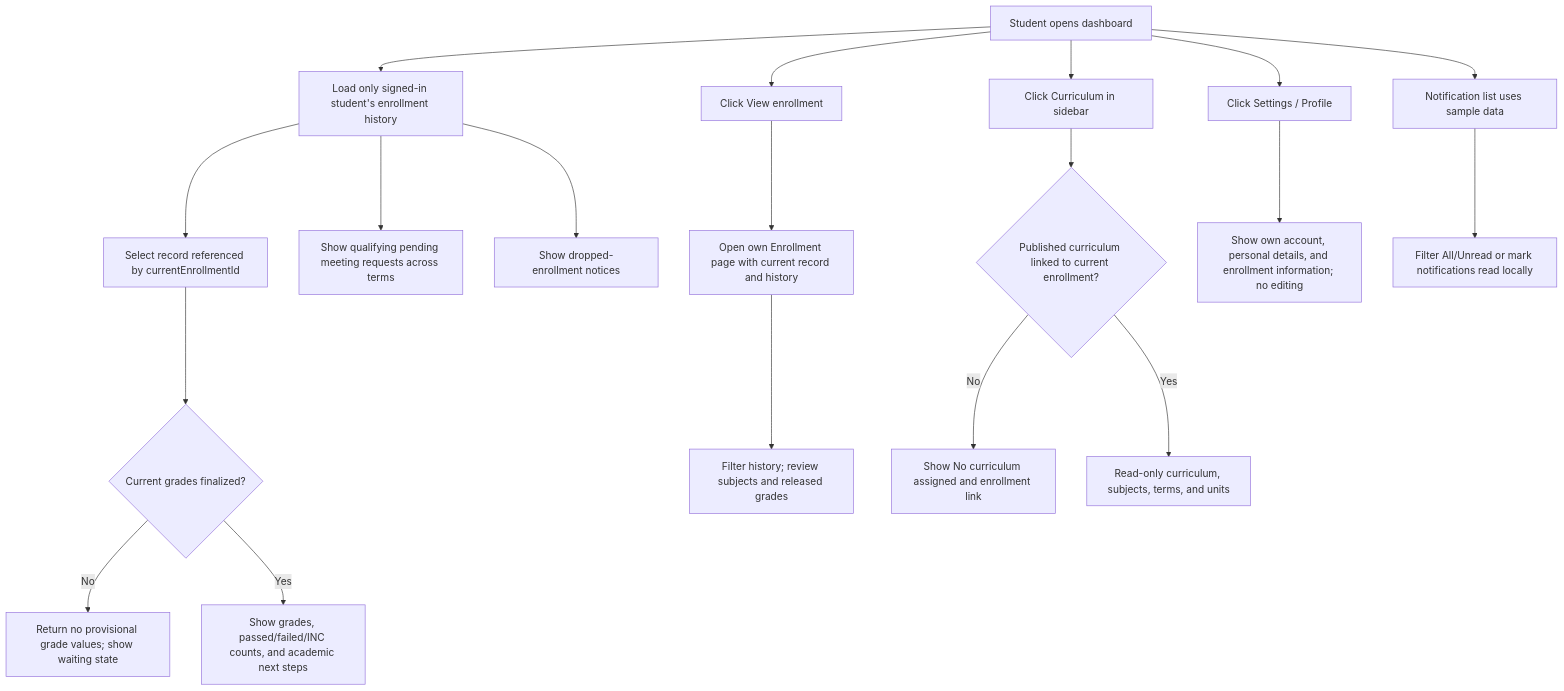
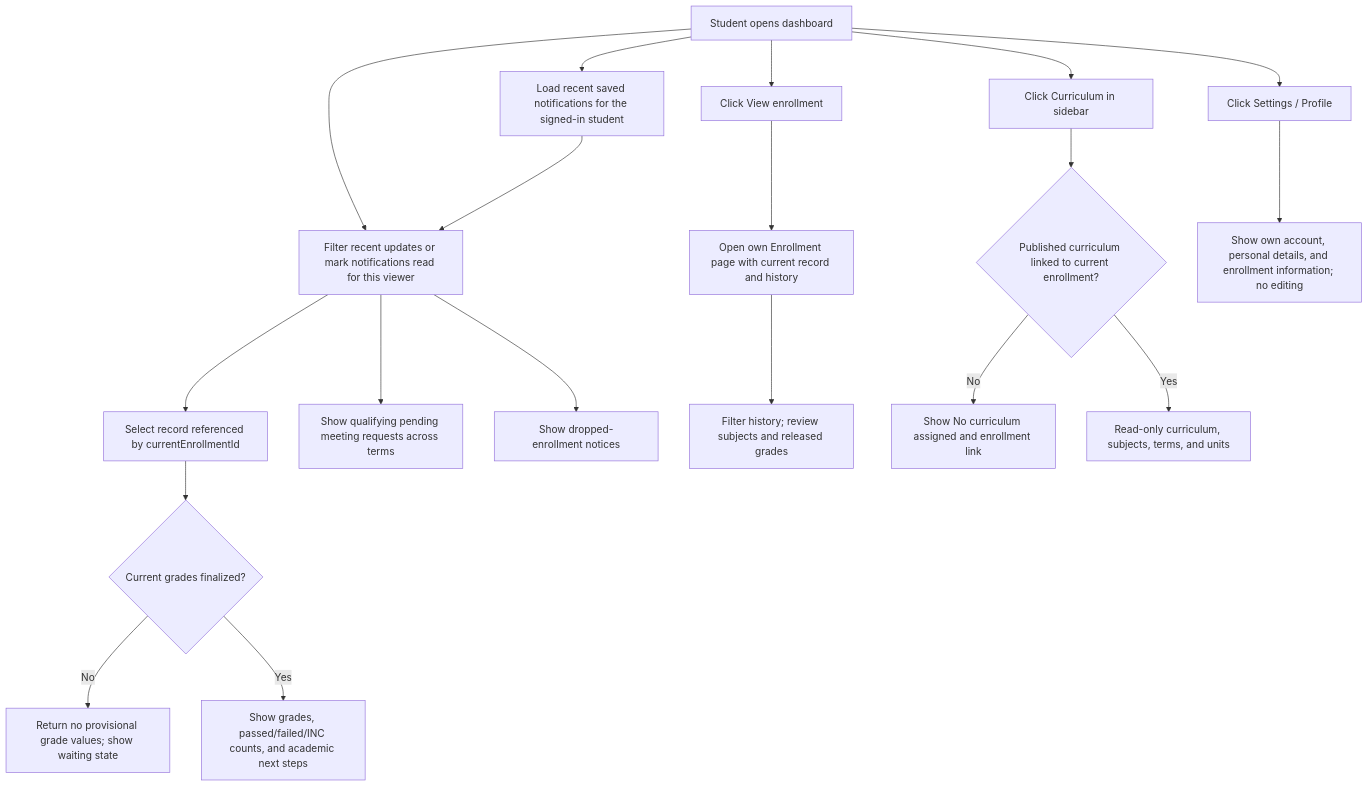
Before and after one commit to AetherKnowledge/enrollment-system: diagram 13 of 16 in docs/system-flows.md, drawn with Mermaid. The commit also changed other lines of this file and 27 other files, not shown here.

First line of the commit message:
feat(notifications): add role-scoped event inbox

````diff
--- a/docs/system-flows.md
+++ b/docs/system-flows.md
@@ -443,21 +443,21 @@
 ```mermaid
 flowchart TD
     Dashboard[Student opens dashboard] --> Read[Load only signed-in student's enrollment history]
     Read --> Current[Select record referenced by currentEnrollmentId]
     Current --> Final{Current grades finalized?}
     Final -->|No| Hidden[Return no provisional grade values; show waiting state]
     Final -->|Yes| Results[Show grades, passed/failed/INC counts, and academic next steps]
     Read --> Meetings[Show qualifying pending meeting requests across terms]
     Read --> Drops[Show dropped-enrollment notices]
     Dashboard --> Enrollment[Click View enrollment]
     Enrollment --> Own[Open own Enrollment page with current record and history]
     Own --> Filters[Filter history; review subjects and released grades]
     Dashboard --> Curriculum[Click Curriculum in sidebar]
     Curriculum --> Assigned{Published curriculum linked to current enrollment?}
     Assigned -->|No| Empty[Show No curriculum assigned and enrollment link]
     Assigned -->|Yes| View[Read-only curriculum, subjects, terms, and units]
     Dashboard --> Profile[Click Settings / Profile]
     Profile --> Info[Show own account, personal details, and enrollment information; no editing]
-    Dashboard --> Samples[Notification list uses sample data]
-    Samples --> Local[Filter All/Unread or mark notifications read locally]
+    Dashboard --> Inbox[Load recent saved notifications for the signed-in student]
+    Inbox --> Read[Filter recent updates or mark notifications read for this viewer]
 ```
````
